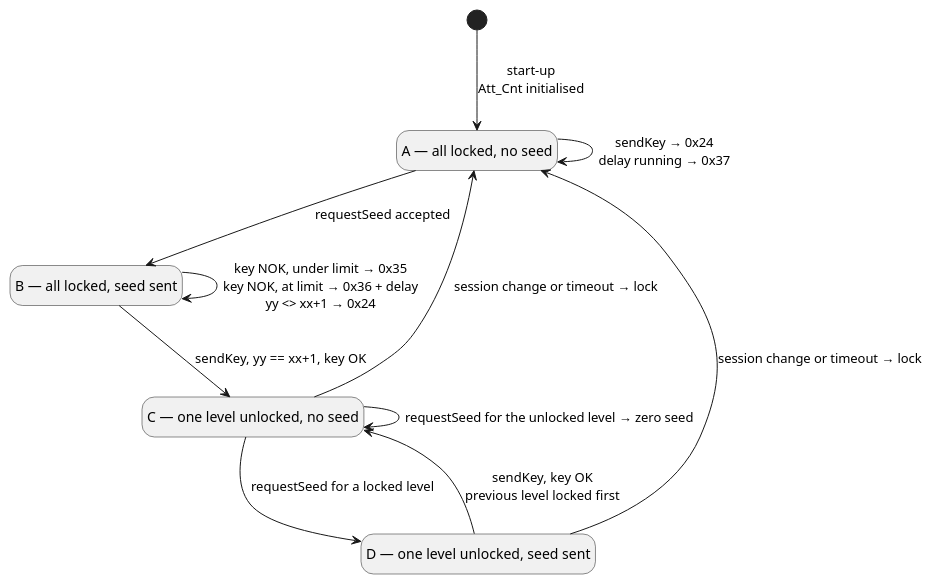
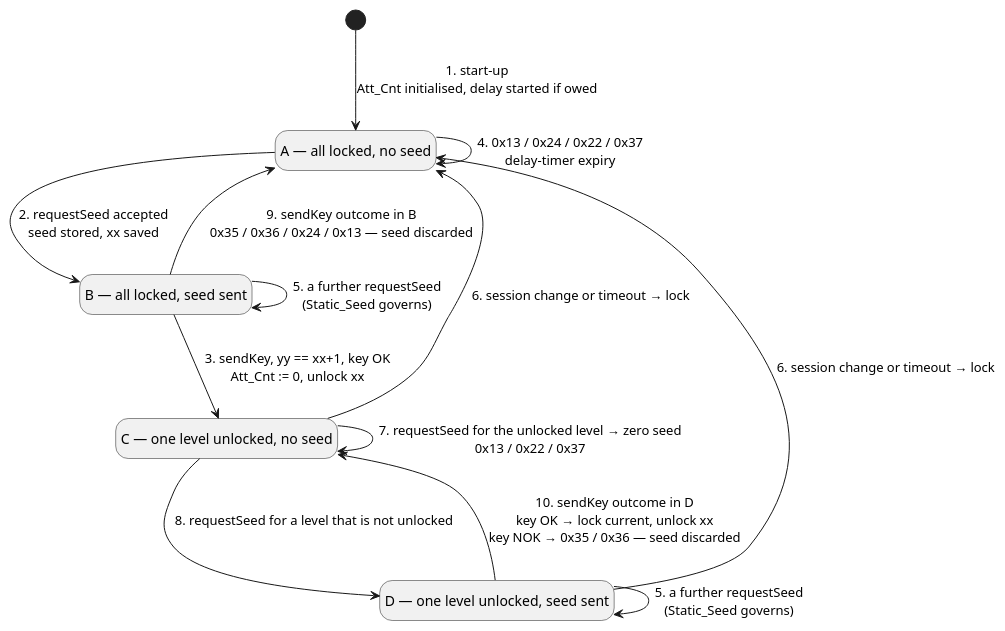
One commit to luminartech/uds_stack changed the third of 4 diagrams in crates/uds_services/docs/architecture/service-traits.rst. Above: the diagram before and after it, drawn with PlantUML. The commit also changed other lines of this file, not shown here.

```diff
--- a/crates/uds_services/docs/architecture/service-traits.rst
+++ b/crates/uds_services/docs/architecture/service-traits.rst
@@ -329,23 +329,25 @@
    .. uml::
       :align: center
       :caption: Annex I's four states. Labels name the code this crate settles with; the
                 application is consulted only for a seed and a verdict on a key.
 
       @startuml
       hide empty description
       state "A — all locked, no seed" as A
       state "B — all locked, seed sent" as B
       state "C — one level unlocked, no seed" as C
       state "D — one level unlocked, seed sent" as D
 
-      [*] --> A : start-up\nAtt_Cnt initialised
-      A --> B : requestSeed accepted
-      A --> A : sendKey → 0x24\ndelay running → 0x37
-      B --> C : sendKey, yy == xx+1, key OK
-      B --> B : key NOK, under limit → 0x35\nkey NOK, at limit → 0x36 + delay\nyy <> xx+1 → 0x24
-      C --> D : requestSeed for a locked level
-      C --> C : requestSeed for the unlocked level → zero seed
-      D --> C : sendKey, key OK\nprevious level locked first
-      C --> A : session change or timeout → lock
-      D --> A : session change or timeout → lock
+      [*] --> A : 1. start-up\nAtt_Cnt initialised, delay started if owed
+      A --> B : 2. requestSeed accepted\nseed stored, xx saved
+      B --> C : 3. sendKey, yy == xx+1, key OK\nAtt_Cnt := 0, unlock xx
+      A --> A : 4. 0x13 / 0x24 / 0x22 / 0x37\ndelay-timer expiry
+      B --> B : 5. a further requestSeed\n(Static_Seed governs)
+      D --> D : 5. a further requestSeed\n(Static_Seed governs)
+      C --> A : 6. session change or timeout → lock
+      D --> A : 6. session change or timeout → lock
+      C --> C : 7. requestSeed for the unlocked level → zero seed\n0x13 / 0x22 / 0x37
+      C --> D : 8. requestSeed for a level that is not unlocked
+      B --> A : 9. sendKey outcome in B\n0x35 / 0x36 / 0x24 / 0x13 — seed discarded
+      D --> C : 10. sendKey outcome in D\nkey OK → lock current, unlock xx\nkey NOK → 0x35 / 0x36 — seed discarded
       @enduml
```
